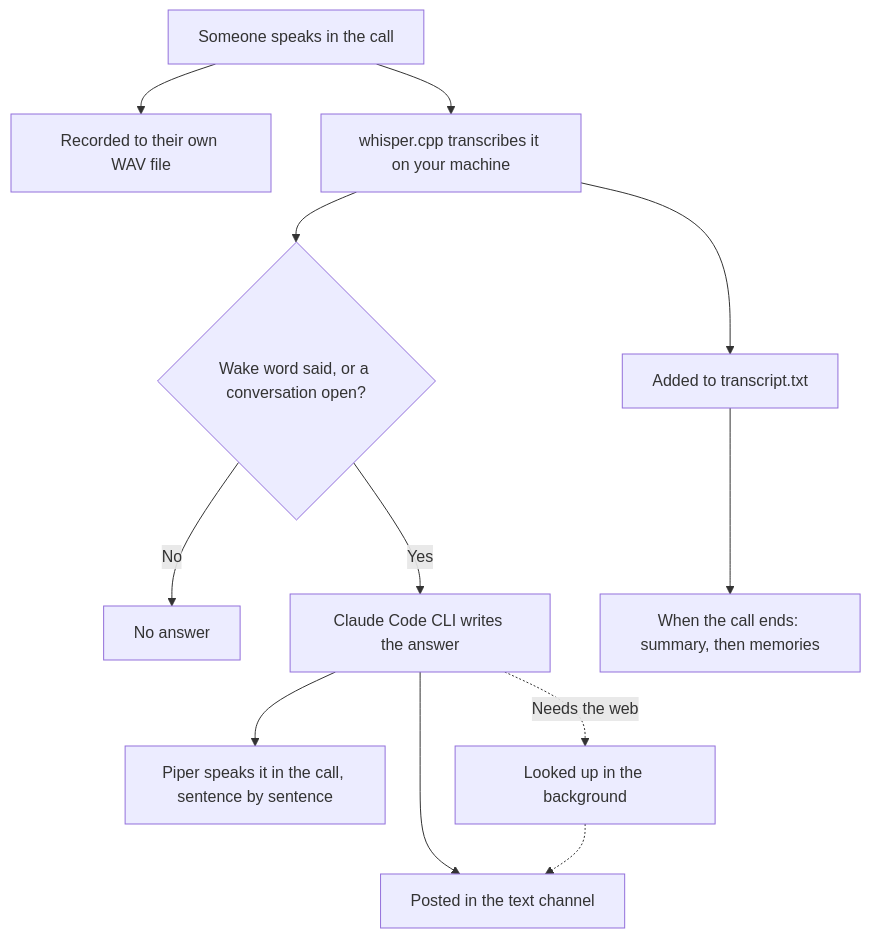
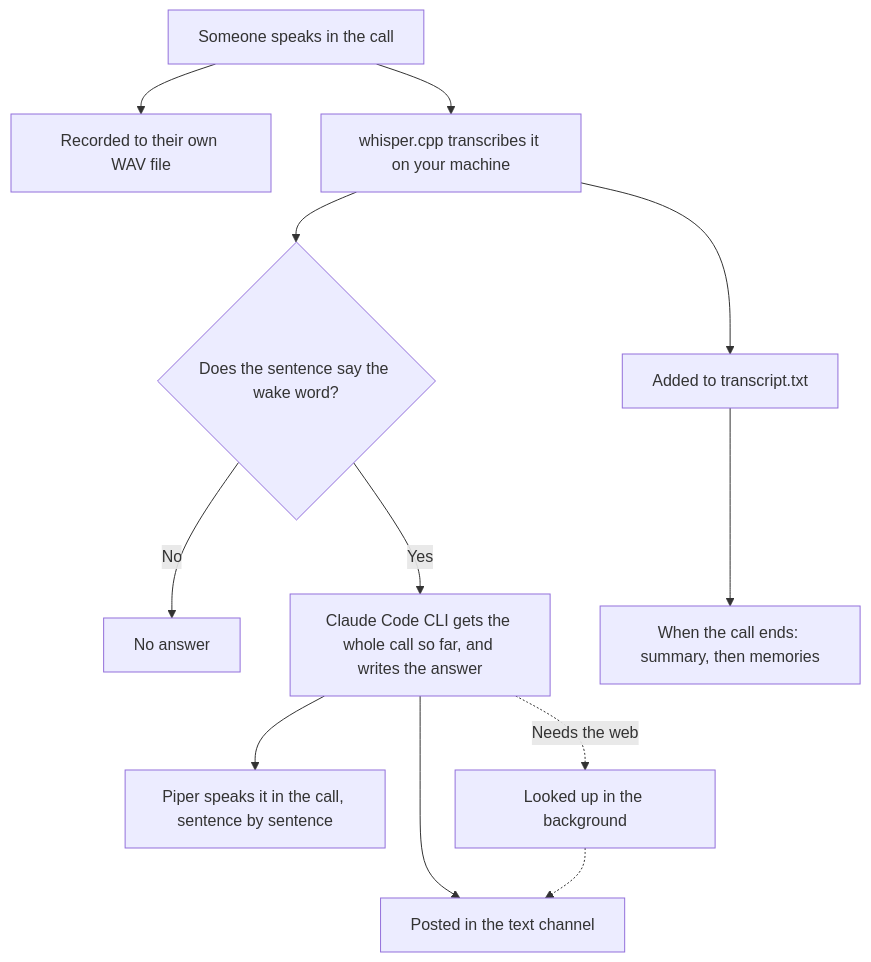
The first of 3 diagrams in README.md (Datanana-com/discord-bot), drawn with Mermaid before and after one commit. The commit also changed other lines of this file and 33 other files, not shown here.

First line of the commit message:
Answer only a sentence that names the bot, with the whole call so far

````diff
--- a/README.md
+++ b/README.md
@@ -46,14 +46,14 @@
 ```mermaid
 flowchart TD
     A["Someone speaks in the call"] --> R["Recorded to their own WAV file"]
     A --> B["whisper.cpp transcribes it on your machine"]
     B --> T["Added to transcript.txt"]
-    B --> C{"Wake word said, or a conversation open?"}
+    B --> C{"Does the sentence say the wake word?"}
     C -->|"No"| N["No answer"]
-    C -->|"Yes"| D["Claude Code CLI writes the answer"]
+    C -->|"Yes"| D["Claude Code CLI gets the whole call so far, and writes the answer"]
     D --> E["Piper speaks it in the call, sentence by sentence"]
     D --> F["Posted in the text channel"]
     D -.->|"Needs the web"| L["Looked up in the background"]
     L -.-> F
     T --> S["When the call ends: summary, then memories"]
 ```
````
